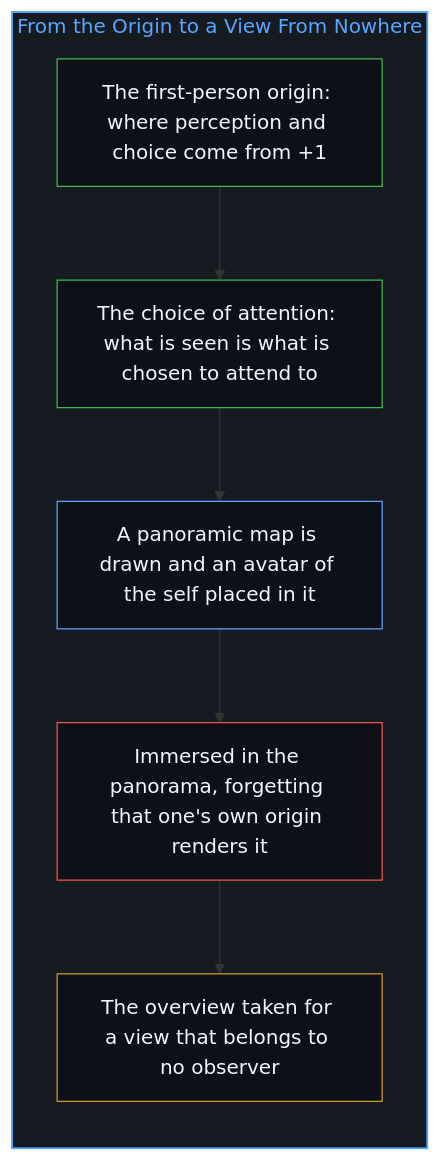
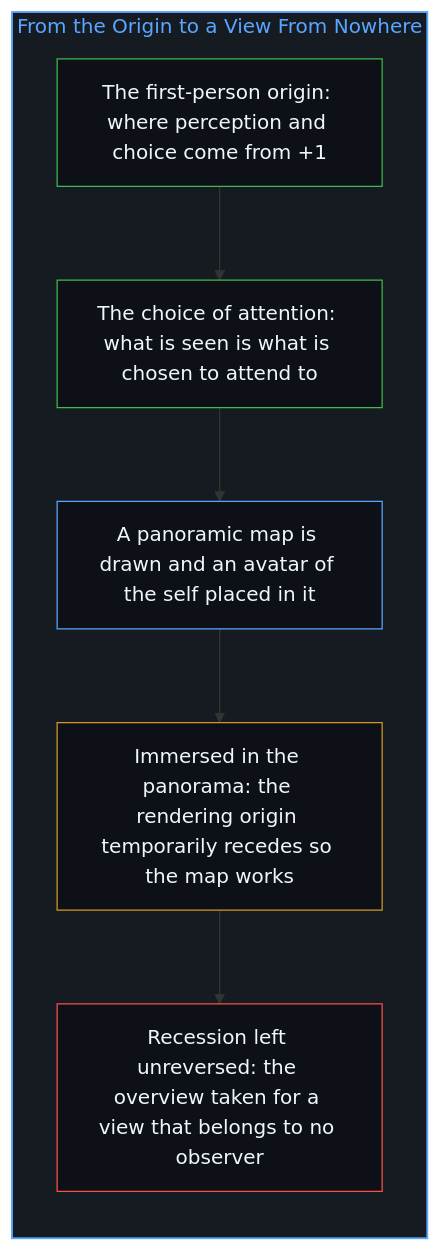
The second of 12 diagrams in content/posts/the-origin-of-god-and-the-flattening-of-we.md (powerpig99/not-a-toe), drawn with Mermaid before and after one commit. The commit also changed other lines of this file and 1 other file, not shown here.

Commit message:
Consolidate Sleep S_post for the-projection-of-ranking-and-the-recession-of-self-awareness: the-origin-of-god-and-the-flattening-of-we

````diff
--- a/content/posts/the-origin-of-god-and-the-flattening-of-we.md
+++ b/content/posts/the-origin-of-god-and-the-flattening-of-we.md
@@ -41,21 +41,21 @@
 ```mermaid
 flowchart TD
     subgraph S_Overview["From the Origin to a View From Nowhere"]
         direction TB
         Origin["The first-person origin: where perception and choice come from +1"]
         Attend["The choice of attention: what is seen is what is chosen to attend to"]
         Map["A panoramic map is drawn and an avatar of the self placed in it"]
-        Forget["Immersed in the panorama, forgetting that one's own origin renders it"]
-        Nowhere["The overview taken for a view that belongs to no observer"]
+        Recede["Immersed in the panorama: the rendering origin temporarily recedes so the map works"]
+        Nowhere["Recession left unreversed: the overview taken for a view that belongs to no observer"]
         Origin --> Attend
         Attend --> Map
-        Map --> Forget
-        Forget --> Nowhere
+        Map --> Recede
+        Recede --> Nowhere
     end
     style S_Overview fill:#161b22,stroke:#58a6ff,stroke-width:1.5px,color:#58a6ff
     style Origin fill:#0d1117,stroke:#3fb950,stroke-width:1px,color:#f0f6fc
     style Attend fill:#0d1117,stroke:#3fb950,stroke-width:1px,color:#f0f6fc
     style Map fill:#0d1117,stroke:#58a6ff,stroke-width:1px,color:#f0f6fc
-    style Forget fill:#0d1117,stroke:#f85149,stroke-width:1px,color:#f0f6fc
-    style Nowhere fill:#0d1117,stroke:#d29922,stroke-width:1px,color:#f0f6fc
+    style Recede fill:#0d1117,stroke:#d29922,stroke-width:1px,color:#f0f6fc
+    style Nowhere fill:#0d1117,stroke:#f85149,stroke-width:1px,color:#f0f6fc
 ```
````
